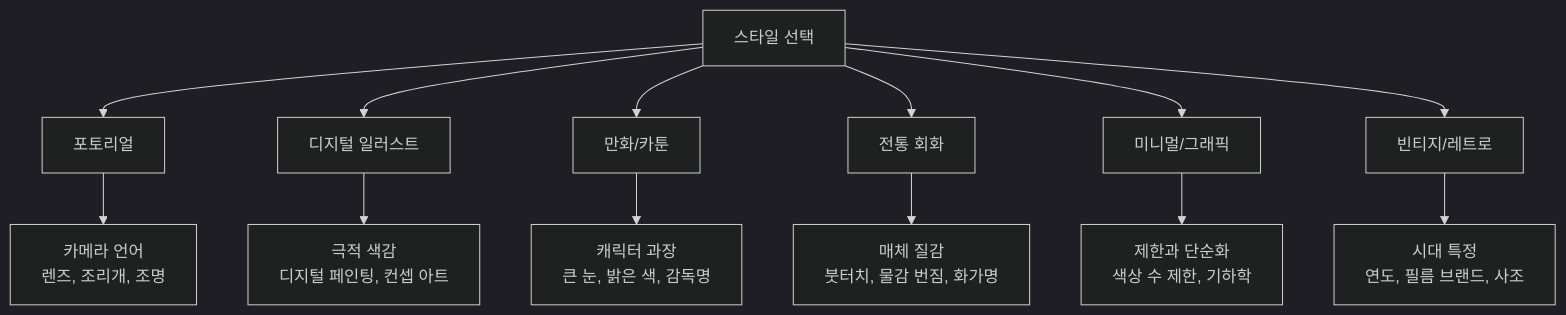
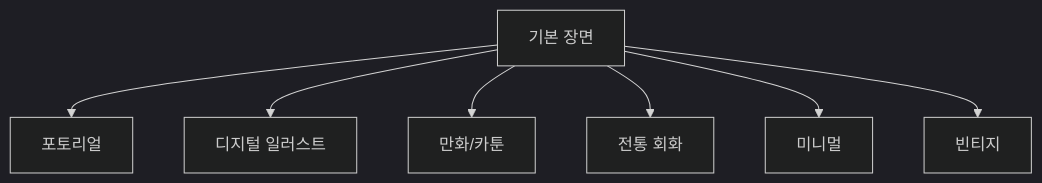
The second of 3 diagrams in 04-ch4-gemini-이미지-생성-실전/02-02-고품질-이미지-생성과-스타일-전환.md (jsonpassion/forge-tutorial-promptcanvas), drawn with Mermaid (dark theme) before and after one commit. The commit also changed other lines of this file and 63 other files, not shown here.

````diff
--- a/04-ch4-gemini-이미지-생성-실전/02-02-고품질-이미지-생성과-스타일-전환.md
+++ b/04-ch4-gemini-이미지-생성-실전/02-02-고품질-이미지-생성과-스타일-전환.md
@@ -209,16 +57,9 @@
 ```mermaid
 flowchart TD
-    A["스타일 선택"] --> B["포토리얼"]
-    A --> C["디지털 일러스트"]
-    A --> D["만화/카툰"]
-    A --> E["전통 회화"]
-    A --> F["미니멀/그래픽"]
-    A --> G["빈티지/레트로"]
-
-    B --> B1["카메라 언어<br/>렌즈, 조리개, 조명"]
-    C --> C1["극적 색감<br/>디지털 페인팅, 컨셉 아트"]
-    D --> D1["캐릭터 과장<br/>큰 눈, 밝은 색, 감독명"]
-    E --> E1["매체 질감<br/>붓터치, 물감 번짐, 화가명"]
-    F --> F1["제한과 단순화<br/>색상 수 제한, 기하학"]
-    G --> G1["시대 특정<br/>연도, 필름 브랜드, 사조"]
+    A["기본 장면"] --> S1["포토리얼"]
+    A --> S2["디지털 일러스트"]
+    A --> S3["만화/카툰"]
+    A --> S4["전통 회화"]
+    A --> S5["미니멀"]
+    A --> S6["빈티지"]
 ```
````
